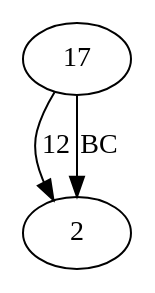
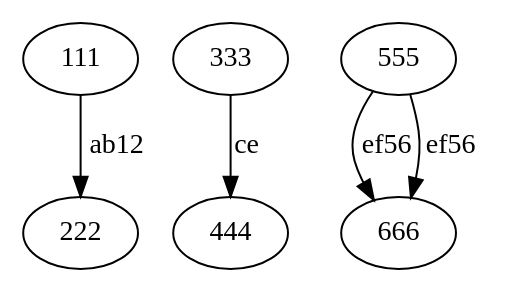
Before and after one commit to Joknaa/Project_G: the diagram in Graphviz_files/Labels.dot, drawn with Graphviz. The commit also changed 9 other files, not shown here.

```diff
--- a/Graphviz_files/Labels.dot
+++ b/Graphviz_files/Labels.dot
@@ -1,4 +1,6 @@
-digraph teeeeeeeeeeeeeee {
-17 -> 2 [ label = "12" ];
-17 -> 2 [ label = "BC" ];
+digraph g {
+111->222[label="ab12"];
+333->444[label="ce"];
+555->666[label="ef56"];
+555->666[label="ef56"];
 }
```
